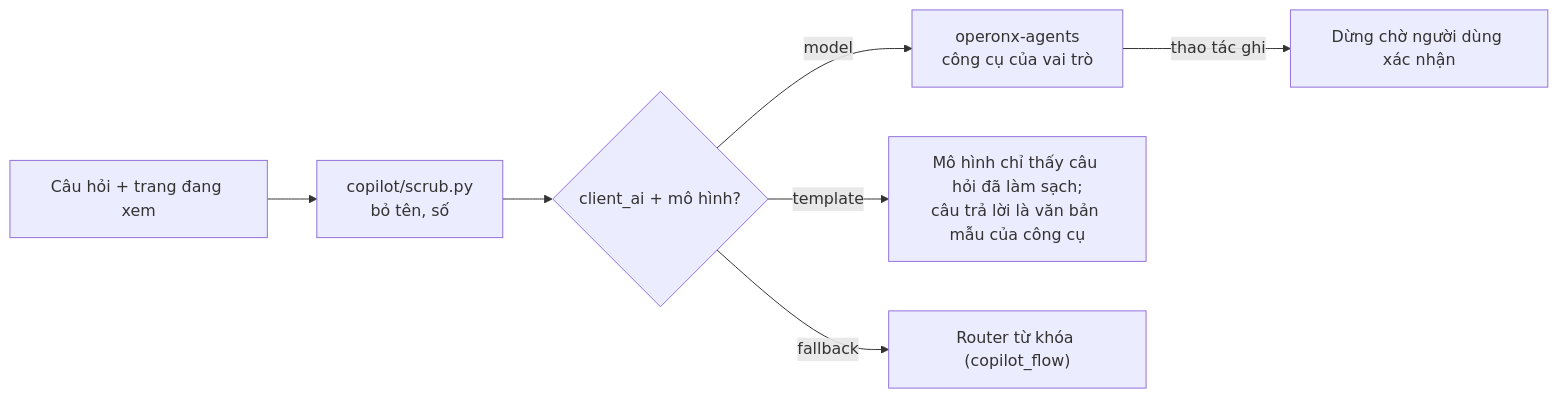
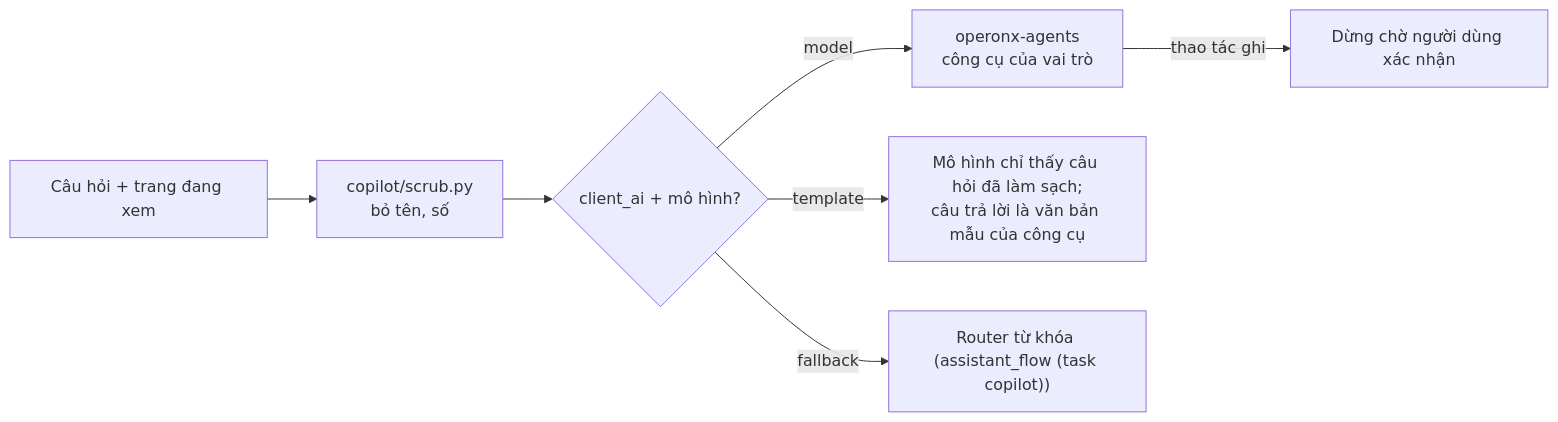
Before and after one commit to batman1m2001-cyber/mr-finance: the fourth of 4 diagrams in docs/ARCHITECTURE.md, drawn with Mermaid. The commit also changed 128 other files, not shown here.

First line of the commit message:
Feature flows: 81 → 24 flows, one per feature, every route keeps its contract (Service body=) (#74)

````diff
--- a/docs/ARCHITECTURE.md
+++ b/docs/ARCHITECTURE.md
@@ -180,8 +180,8 @@
 ```mermaid
 flowchart LR
   q["Câu hỏi + trang đang xem"] --> scrub["copilot/scrub.py<br/>bỏ tên, số"] --> mode{"client_ai + mô hình?"}
   mode -->|"model"| agent["operonx-agents<br/>công cụ của vai trò"]
   mode -->|"template"| tpl["Mô hình chỉ thấy câu hỏi đã làm sạch;<br/>câu trả lời là văn bản mẫu của công cụ"]
-  mode -->|"fallback"| kw["Router từ khóa (copilot_flow)"]
+  mode -->|"fallback"| kw["Router từ khóa (assistant_flow (task copilot))"]
   agent -->|"thao tác ghi"| wait["Dừng chờ người dùng xác nhận"]
 ```
````
